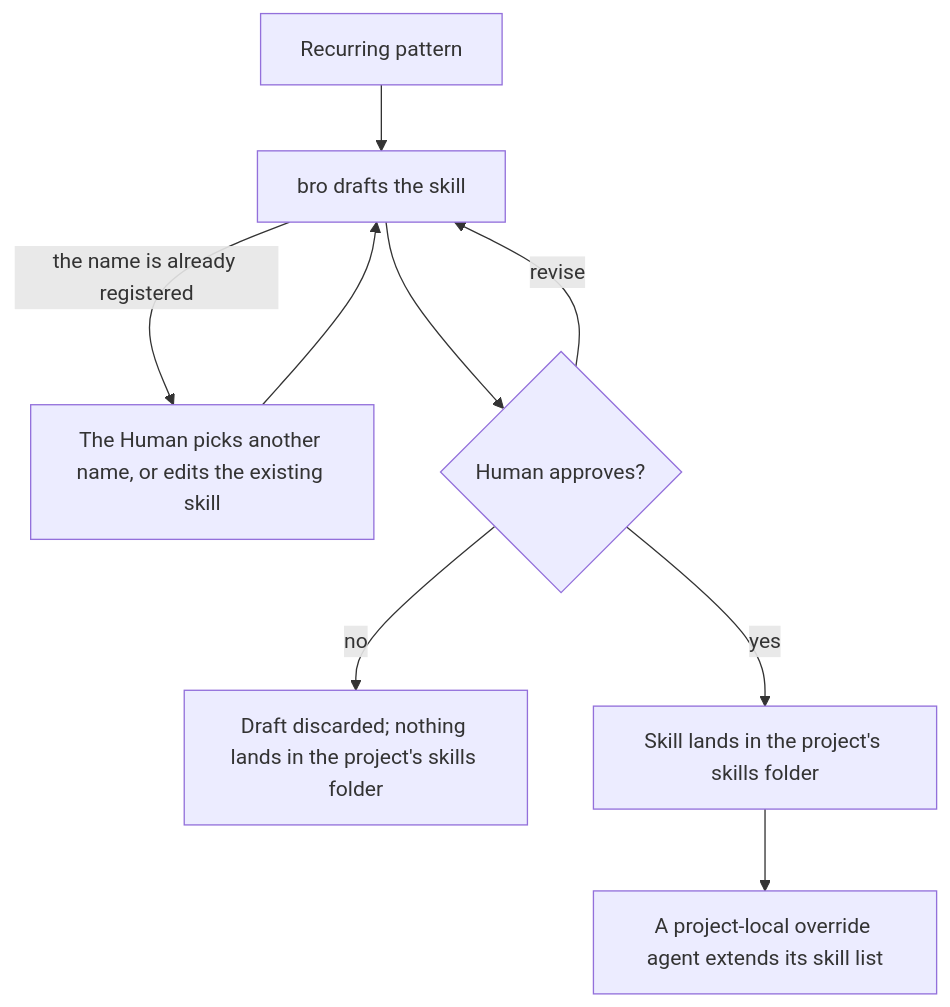
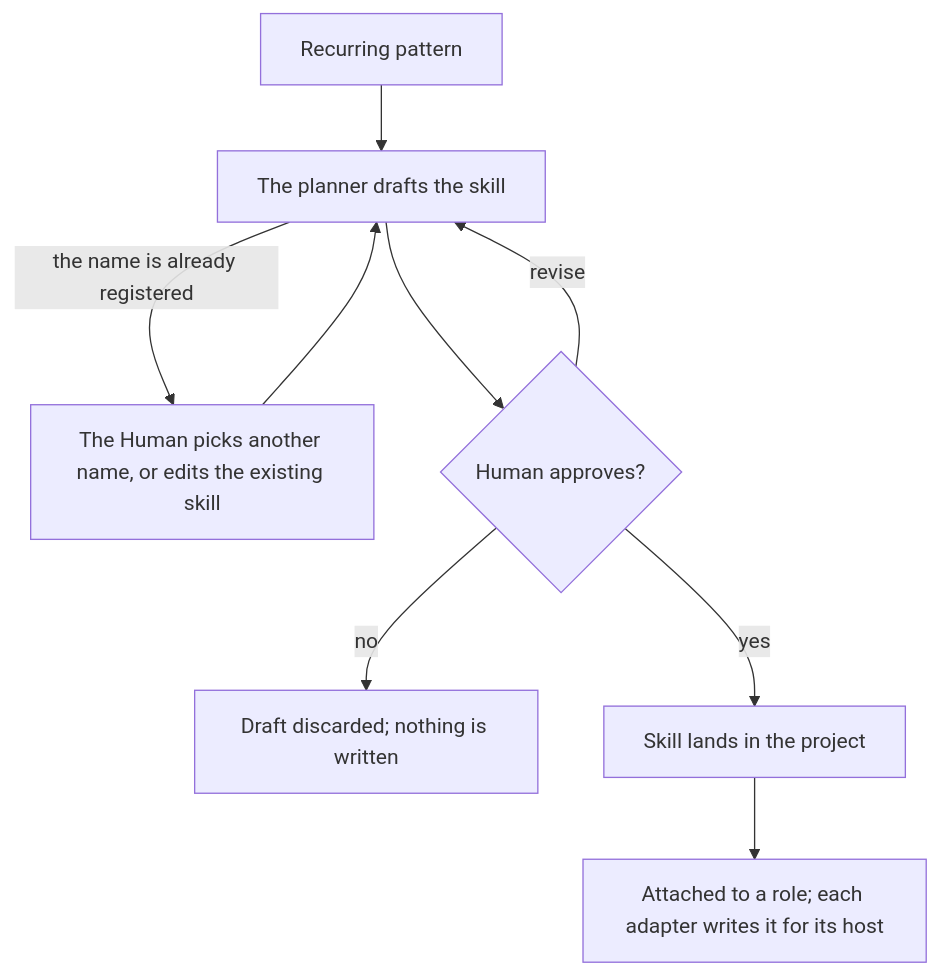
Before and after one commit to trustmybot/tmb: the second of 4 diagrams in docs/architecture/EXTENDING.md, drawn with Mermaid. The commit also changed other lines of this file and 38 other files, not shown here.

````diff
--- a/docs/architecture/EXTENDING.md
+++ b/docs/architecture/EXTENDING.md
@@ -36,11 +42,11 @@
 ```mermaid
 flowchart TD
-    A[Recurring pattern] --> D[bro drafts the skill]
-    D -- the name is already registered --> Q2[The Human picks another name, or edits the existing skill]
+    A[Recurring pattern] --> D[The planner drafts the skill]
+    D -- the name is already registered --> Q2["The Human picks another name, or edits the existing skill"]
     Q2 --> D
     D --> H{Human approves?}
     H -- revise --> D
-    H -- no --> Z[Draft discarded; nothing lands in the project's skills folder]
-    H -- yes --> S[Skill lands in the project's skills folder]
-    S --> O[A project-local override agent extends its skill list]
+    H -- no --> Z["Draft discarded; nothing is written"]
+    H -- yes --> S[Skill lands in the project]
+    S --> O[Attached to a role; each adapter writes it for its host]
 ```
````
